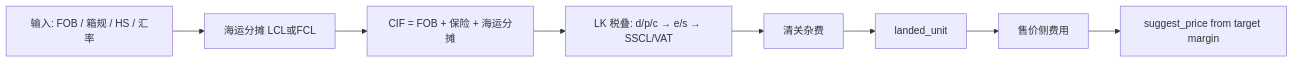
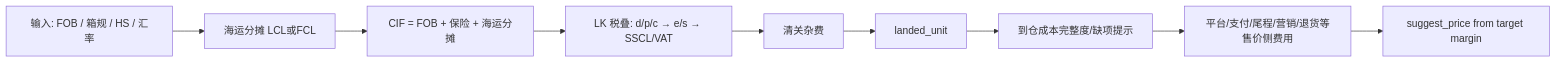
The first of 2 diagrams in apps/shop/content/design/cost-calculator-sl-landed-ued.md (metacode0602/vercelai-kaijing), drawn with Mermaid before and after one commit. The commit also changed other lines of this file and 5 other files, not shown here.

````diff
--- a/apps/shop/content/design/cost-calculator-sl-landed-ued.md
+++ b/apps/shop/content/design/cost-calculator-sl-landed-ued.md
@@ -124,10 +124,11 @@
 ```mermaid
 flowchart LR
   A[输入: FOB / 箱规 / HS / 汇率] --> B[海运分摊 LCL或FCL]
   B --> C[CIF = FOB + 保险 + 海运分摊]
   C --> D[LK 税叠: d/p/c → e/s → SSCL/VAT]
   D --> E[清关杂费]
   E --> F[landed_unit]
-  F --> G[售价侧费用]
-  G --> H[suggest_price from target margin]
+  F --> G[到仓成本完整度/缺项提示]
+  G --> G1[平台/支付/尾程/营销/退货等售价侧费用]
+  G1 --> H[suggest_price from target margin]
 ```
````
